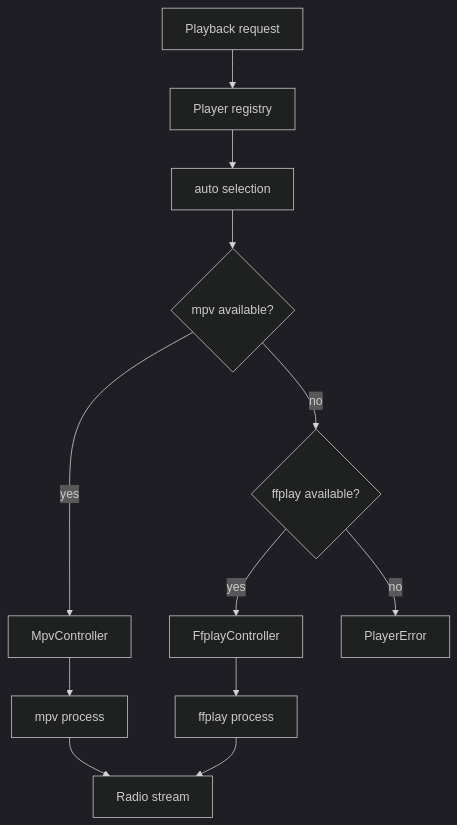
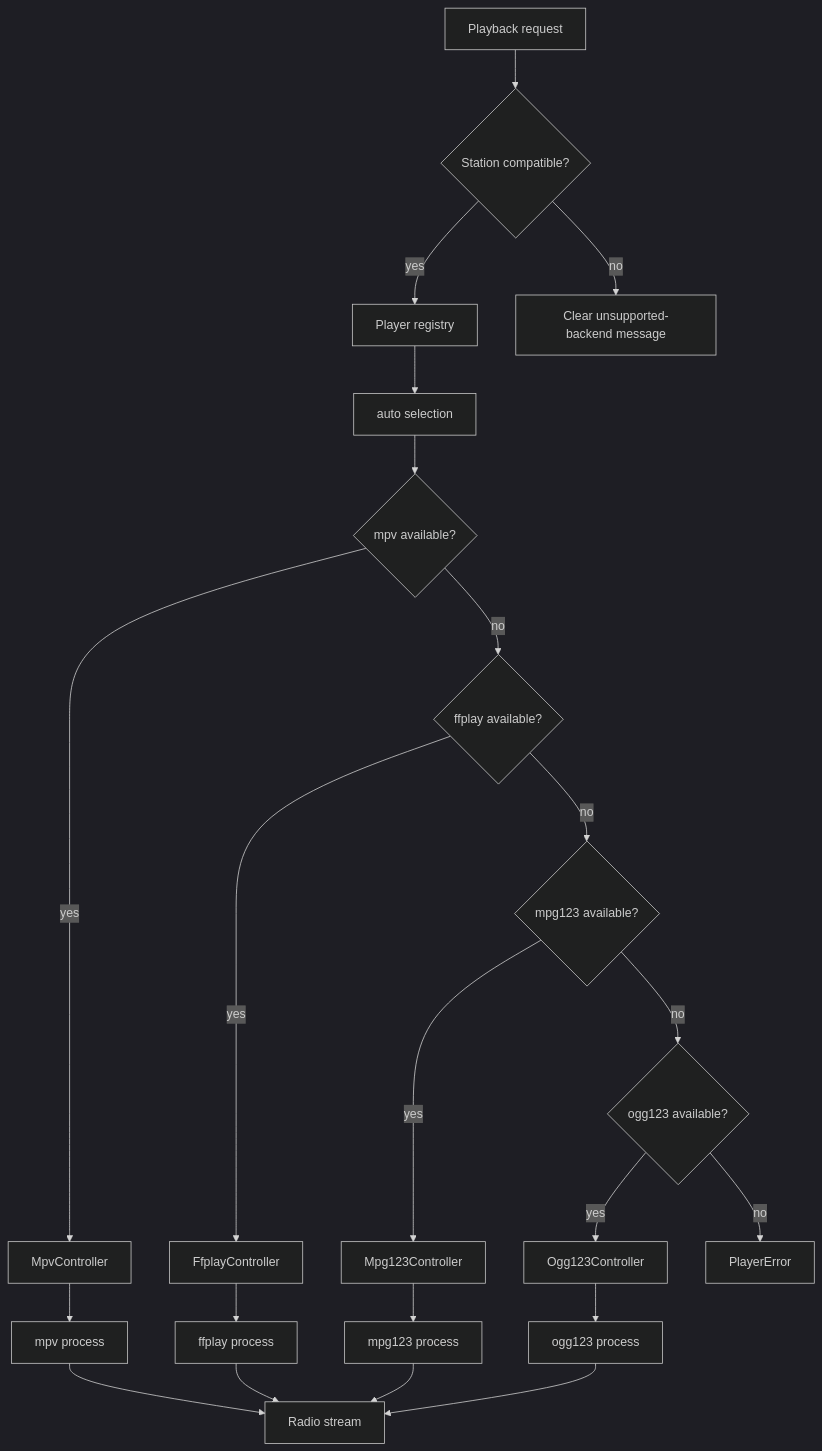
The second of 2 diagrams in docs/architecture.md (pitill0/fluxtuner), drawn with Mermaid (dark theme) before and after one commit. The commit also changed other lines of this file and 2 other files, not shown here.

Commit message:
Document specialized player backends

````diff
--- a/docs/architecture.md
+++ b/docs/architecture.md
@@ -104,15 +114,26 @@
 ```mermaid
 flowchart TB
-    Request["Playback request"] --> Registry["Player registry"]
+    Request["Playback request"] --> Compatibility{"Station compatible?"}
+    Compatibility -->|yes| Registry["Player registry"]
+    Compatibility -->|no| Unsupported["Clear unsupported-backend message"]
+
     Registry --> Auto["auto selection"]
     Auto --> MPVAvailable{"mpv available?"}
     MPVAvailable -->|yes| MPV["MpvController"]
     MPVAvailable -->|no| FFplayAvailable{"ffplay available?"}
     FFplayAvailable -->|yes| FFPLAY["FfplayController"]
-    FFplayAvailable -->|no| Error["PlayerError"]
+    FFplayAvailable -->|no| MPGAvailable{"mpg123 available?"}
+    MPGAvailable -->|yes| MPG123["Mpg123Controller"]
+    MPGAvailable -->|no| OGGAvailable{"ogg123 available?"}
+    OGGAvailable -->|yes| OGG123["Ogg123Controller"]
+    OGGAvailable -->|no| Error["PlayerError"]
 
     MPV --> MPVProcess["mpv process"]
     FFPLAY --> FFPLAYProcess["ffplay process"]
+    MPG123 --> MPGProcess["mpg123 process"]
+    OGG123 --> OGGProcess["ogg123 process"]
     MPVProcess --> Stream["Radio stream"]
     FFPLAYProcess --> Stream
+    MPGProcess --> Stream
+    OGGProcess --> Stream
 ```
````
